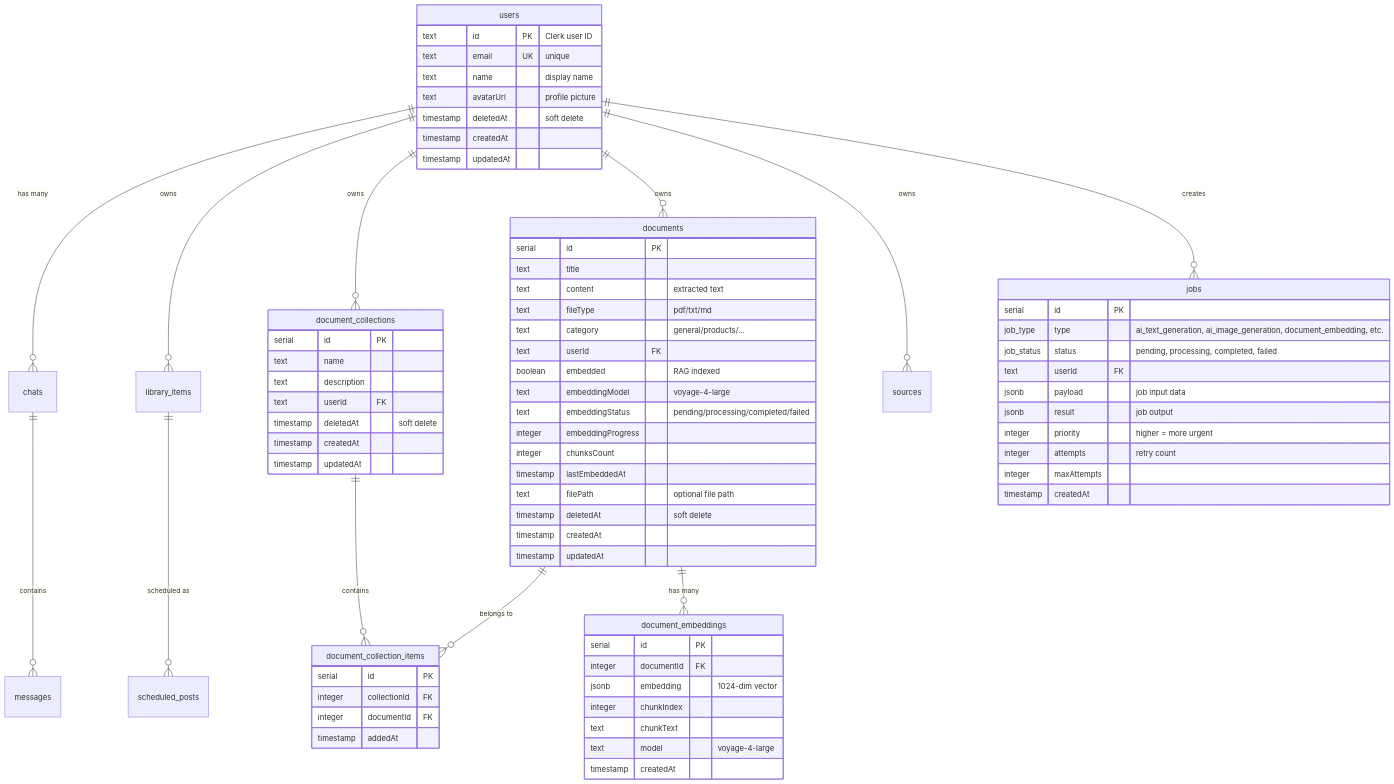
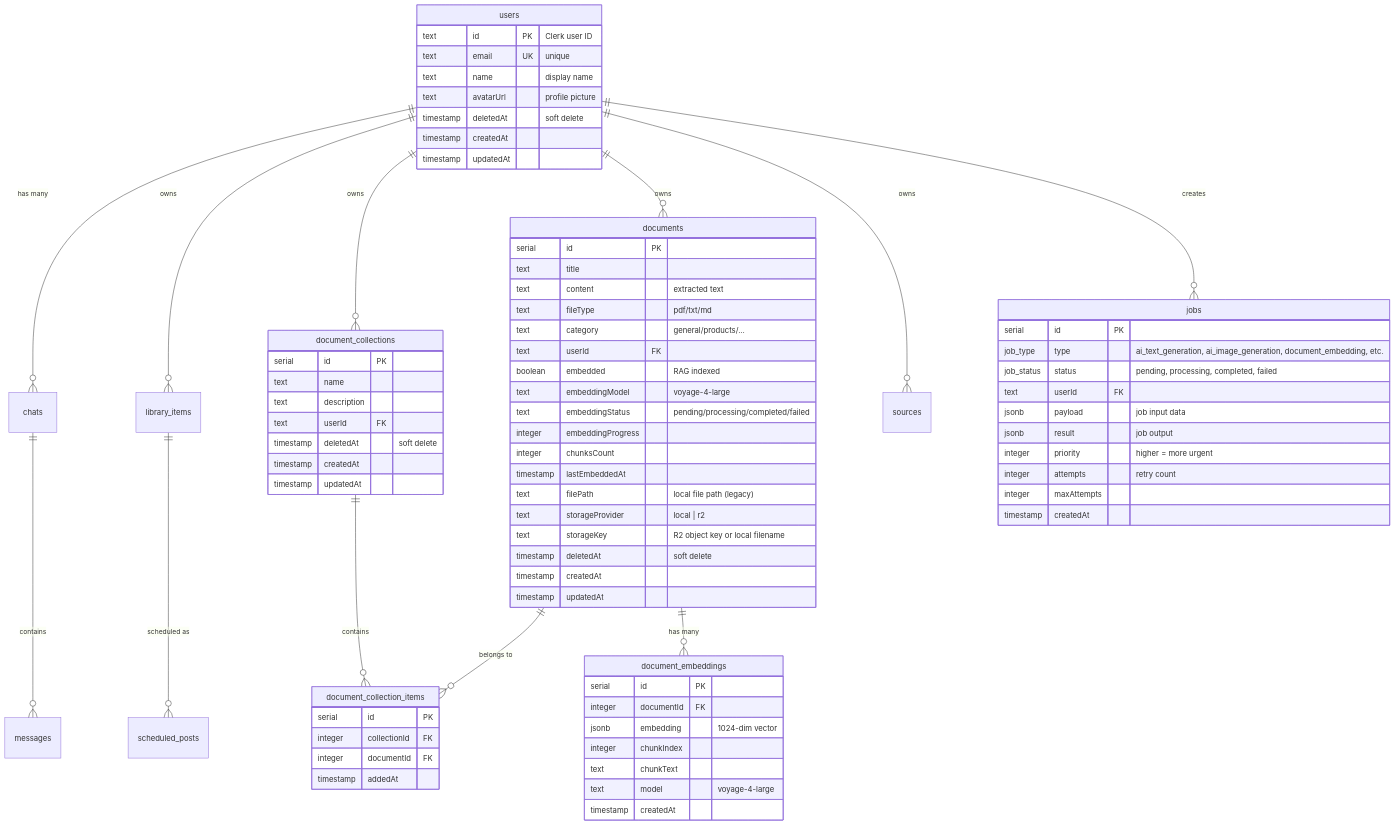
The second of 8 diagrams in .context/docs/architecture.md (zoryon-dev/maquina-de-conteudo), drawn with Mermaid before and after one commit. The commit also changed other lines of this file and 24 other files, not shown here.

```diff
--- a/.context/docs/architecture.md
+++ b/.context/docs/architecture.md
@@ -159,7 +180,9 @@
         integer embeddingProgress
         integer chunksCount
         timestamp lastEmbeddedAt
-        text filePath "optional file path"
+        text filePath "local file path (legacy)"
+        text storageProvider "local | r2"
+        text storageKey "R2 object key or local filename"
         timestamp deletedAt "soft delete"
         timestamp createdAt
         timestamp updatedAt
```
